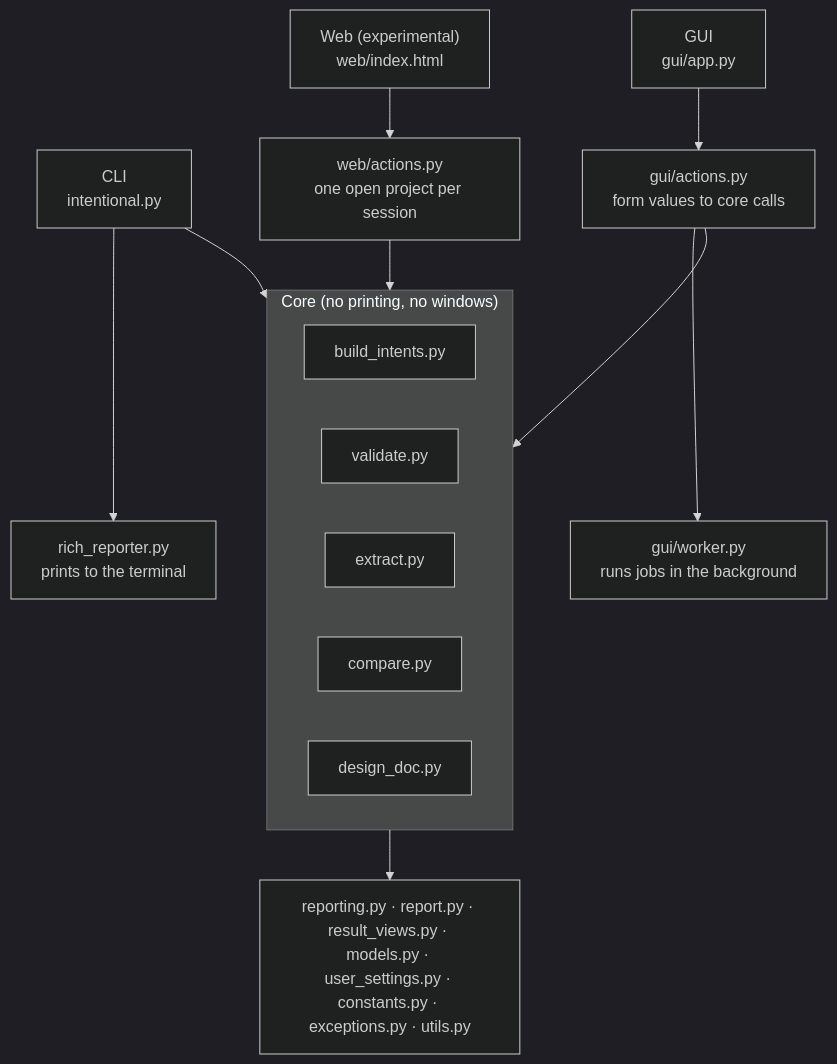
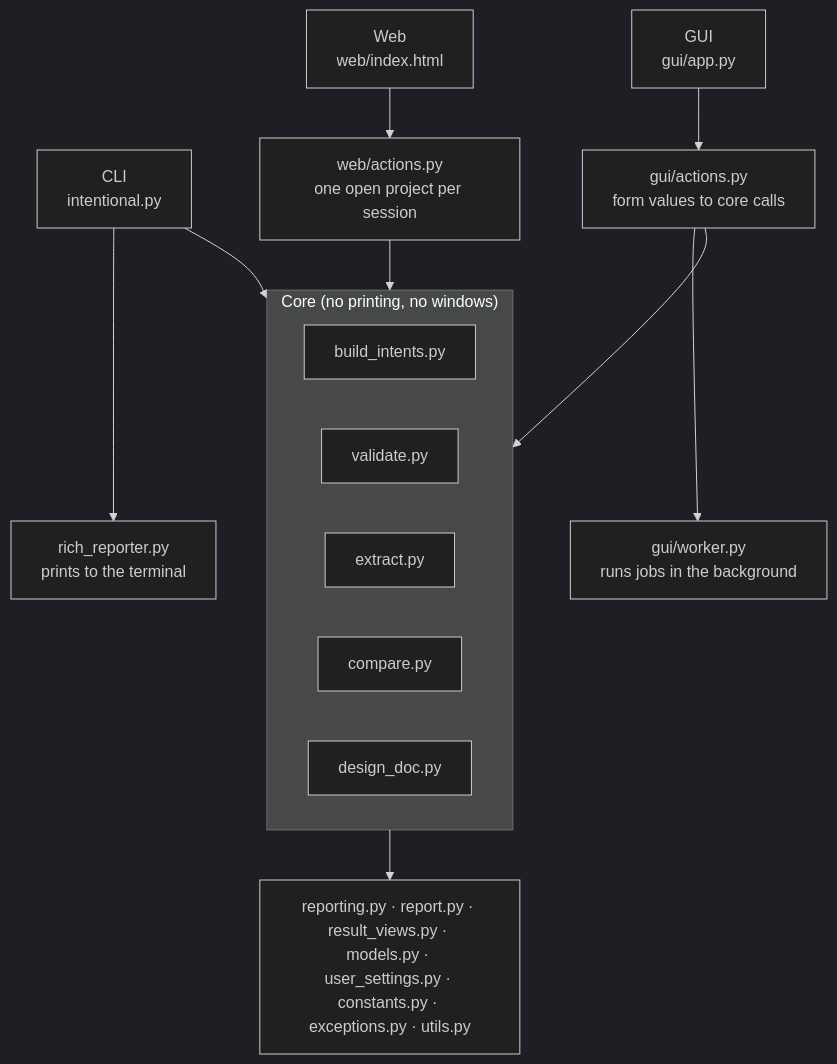
One commit to andrewjstuart/intentional-py changed the first of 2 diagrams in docs/code-guide.md. Above: the diagram before and after it, drawn with Mermaid (dark theme). The commit also changed other lines of this file and 20 other files, not shown here.

````diff
--- a/docs/code-guide.md
+++ b/docs/code-guide.md
@@ -23,18 +23,18 @@
 ```mermaid
 flowchart TD
     CLI["CLI<br/>intentional.py"] --> RR["rich_reporter.py<br/>prints to the terminal"]
     GUI["GUI<br/>gui/app.py"] --> ACT["gui/actions.py<br/>form values to core calls"]
     ACT --> WRK["gui/worker.py<br/>runs jobs in the background"]
-    WEB["Web (experimental)<br/>web/index.html"] --> WACT["web/actions.py<br/>one open project per session"]
+    WEB["Web<br/>web/index.html"] --> WACT["web/actions.py<br/>one open project per session"]
     CLI --> CORE
     ACT --> CORE
     WACT --> CORE
     subgraph CORE["Core (no printing, no windows)"]
         BUILD["build_intents.py"]
         VAL["validate.py"]
         EXT["extract.py"]
         CMP["compare.py"]
         DES["design_doc.py"]
     end
     CORE --> SHARED["reporting.py · report.py · result_views.py · models.py · user_settings.py · constants.py · exceptions.py · utils.py"]
 ```
````
